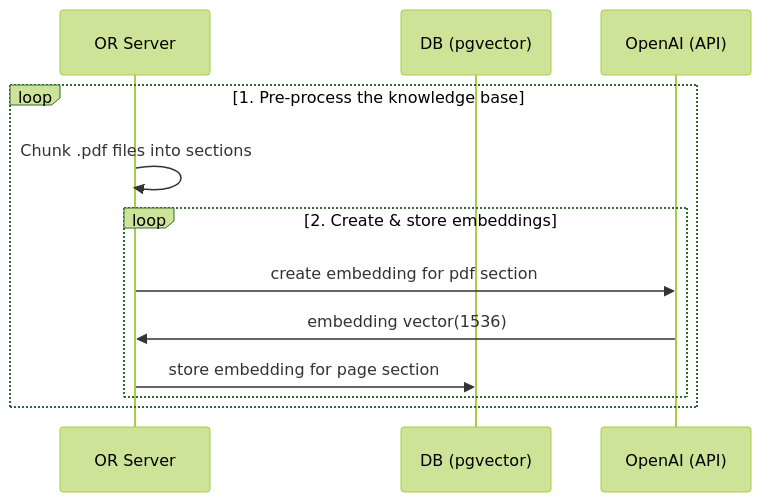
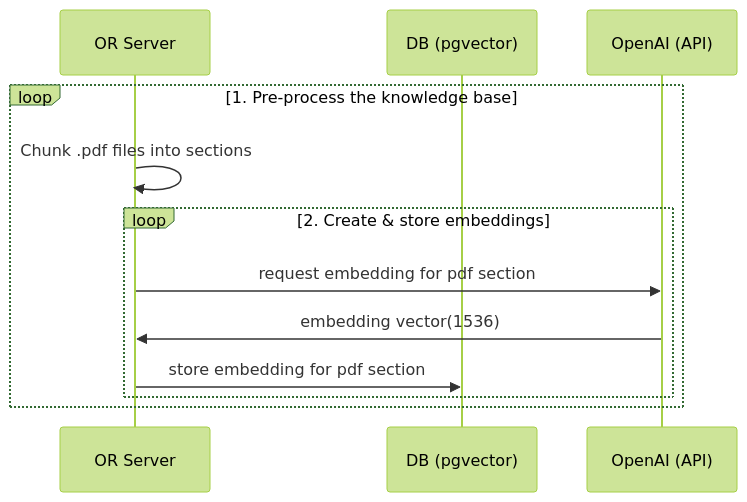
Before and after one commit to zbialecki/nextjs-openai-doc-search: the first of 2 diagrams in README.md, drawn with Mermaid (forest theme). The commit also changed other lines of this file, not shown here.

Commit message:
More changes

````diff
--- a/README.md
+++ b/README.md
@@ -14,14 +14,14 @@
 ```mermaid
 sequenceDiagram
     participant OR Server
     participant DB (pgvector)
     participant OpenAI (API)
     loop 1. Pre-process the knowledge base
         OR Server->>OR Server: Chunk .pdf files into sections
         loop 2. Create & store embeddings
-            OR Server->>OpenAI (API): create embedding for pdf section
+            OR Server->>OpenAI (API): request embedding for pdf section
             OpenAI (API)->>OR Server: embedding vector(1536)
-            OR Server->>DB (pgvector): store embedding for page section
+            OR Server->>DB (pgvector): store embedding for pdf section
         end
     end
 ```
````
